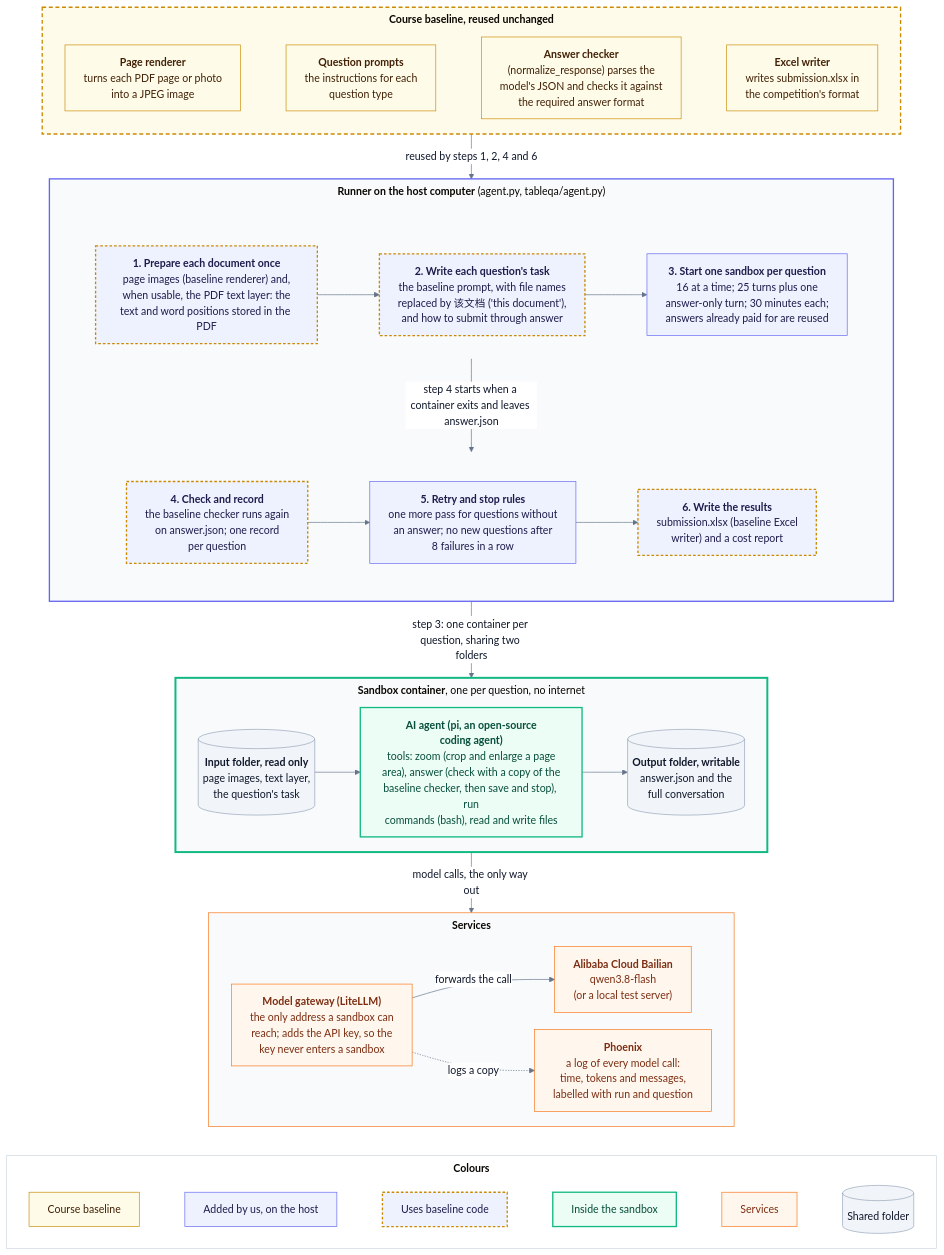
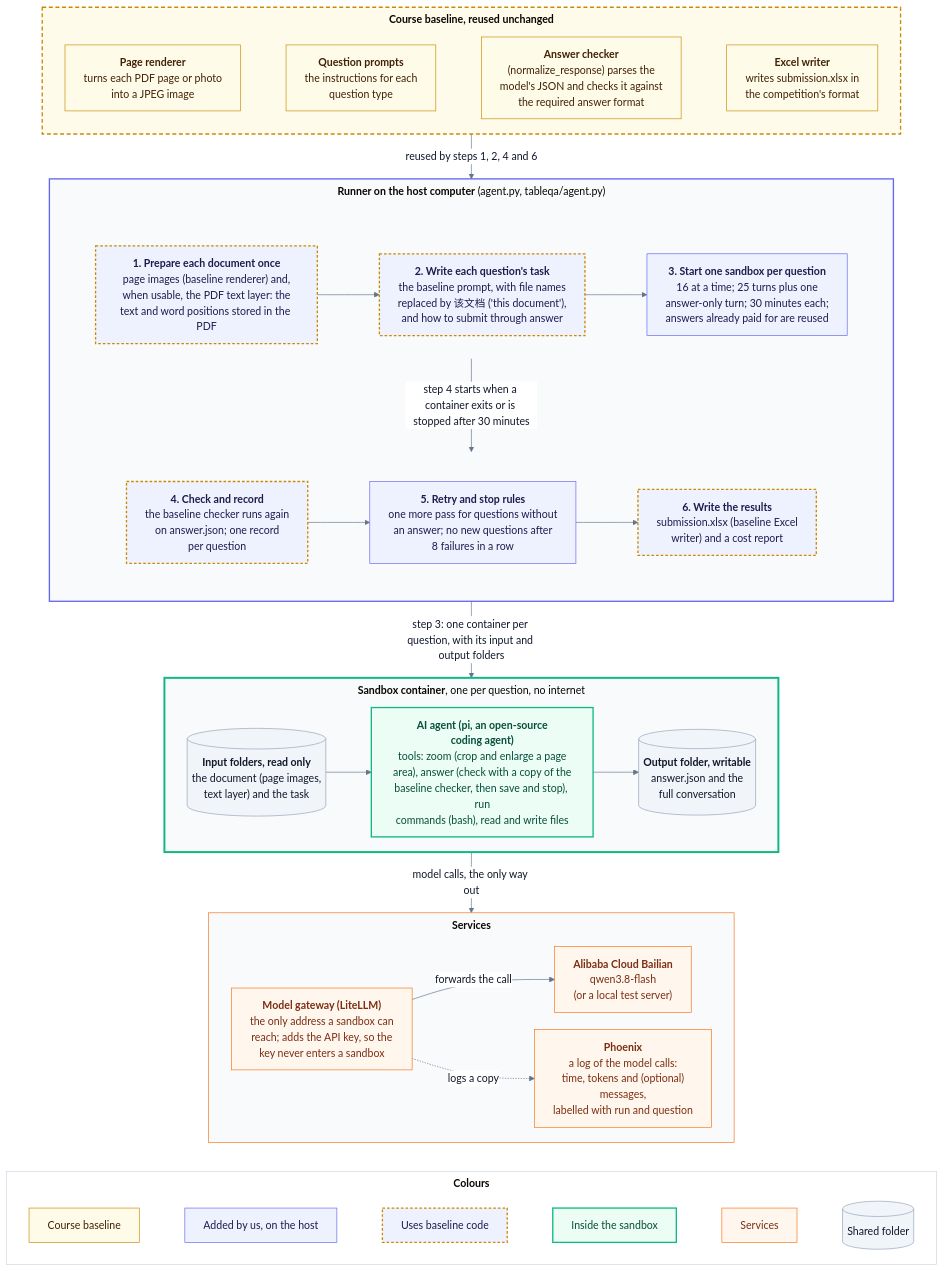
One commit to eric15342335/AIFep-FDU.github.io changed the diagram in docs/diagrams/architecture.mmd. Above: the diagram before and after it, drawn with Mermaid. The commit also changed 10 other files, not shown here.

First line of the commit message:
Diagrams and docs: fixes from the GPT-6.2 Astra review

```diff
--- a/docs/diagrams/architecture.mmd
+++ b/docs/diagrams/architecture.mmd
@@ -1,78 +1,78 @@
 %%{init: {"theme": "base", "themeVariables": {"fontSize": "16px", "lineColor": "#64748b", "primaryTextColor": "#0f172a", "edgeLabelBackground": "#ffffff"}, "flowchart": {"nodeSpacing": 26, "rankSpacing": 44, "padding": 14, "wrappingWidth": 280, "subGraphTitleMargin": {"top": 6, "bottom": 16}}}}%%
 %% The parts of the agent harness, what each one can reach, and which parts come from the course baseline.
 %% Edges connect subgraphs (not their nodes), so each subgraph keeps its own direction.
 flowchart TB
     subgraph BASE["<b>Course baseline, reused unchanged</b>"]
         direction LR
         render["<b>Page renderer</b><br/>turns each PDF page or photo<br/>into a JPEG image"]
         prompts["<b>Question prompts</b><br/>the instructions for each<br/>question type"]
         checker["<b>Answer checker</b><br/>(normalize_response) parses the<br/>model's JSON and checks it against<br/>the required answer format"]
         writer["<b>Excel writer</b><br/>writes submission.xlsx in<br/>the competition's format"]
         render ~~~ prompts ~~~ checker ~~~ writer
     end
 
     subgraph HOST["<b>Runner on the host computer</b> (agent.py, tableqa/agent.py)"]
         direction TB
         subgraph ROW1[" "]
             direction LR
             prep["<b>1. Prepare each document once</b><br/>page images (baseline renderer) and,<br/>when usable, the PDF text layer: the<br/>text and word positions stored in the PDF"]
             task["<b>2. Write each question's task</b><br/>the baseline prompt, with file names<br/>replaced by 该文档 ('this document'),<br/>and how to submit through answer"]
             start["<b>3. Start one sandbox per question</b><br/>16 at a time; 25 turns plus one<br/>answer-only turn; 30 minutes each;<br/>answers already paid for are reused"]
             prep --> task --> start
         end
         subgraph ROW2[" "]
             direction LR
             check["<b>4. Check and record</b><br/>the baseline checker runs again<br/>on answer.json; one record<br/>per question"]
             retry["<b>5. Retry and stop rules</b><br/>one more pass for questions without<br/>an answer; no new questions after<br/>8 failures in a row"]
             out["<b>6. Write the results</b><br/>submission.xlsx (baseline Excel<br/>writer) and a cost report"]
             check --> retry --> out
         end
-        ROW1 -- "step 4 starts when a container exits and leaves answer.json" --> ROW2
+        ROW1 -- "step 4 starts when a container exits or is stopped after 30 minutes" --> ROW2
     end
 
     subgraph BOX["<b>Sandbox container</b>, one per question, no internet"]
         direction LR
-        input[("<b>Input folder, read only</b><br/>page images, text layer,<br/>the question's task")]
+        input[("<b>Input folders, read only</b><br/>the document (page images,<br/>text layer) and the task")]
         agent["<b>AI agent (pi, an open-source<br/>coding agent)</b><br/>tools: zoom (crop and enlarge a page<br/>area), answer (check with a copy of the<br/>baseline checker, then save and stop), run<br/>commands (bash), read and write files"]
         output[("<b>Output folder, writable</b><br/>answer.json and the<br/>full conversation")]
         input --> agent --> output
     end
 
     subgraph SVC["<b>Services</b>"]
         direction LR
         gw["<b>Model gateway (LiteLLM)</b><br/>the only address a sandbox can<br/>reach; adds the API key, so the<br/>key never enters a sandbox"]
         model["<b>Alibaba Cloud Bailian</b><br/>qwen3.8-flash<br/>(or a local test server)"]
-        trace["<b>Phoenix</b><br/>a log of every model call:<br/>time, tokens and messages,<br/>labelled with run and question"]
+        trace["<b>Phoenix</b><br/>a log of the model calls:<br/>time, tokens and (optional)<br/>messages,<br/>labelled with run and question"]
         gw -- "forwards the call" --> model
         gw -. "logs a copy" .-> trace
     end
 
     subgraph KEY["<b>Colours</b>"]
         direction LR
         k1["Course baseline"] ~~~ k2["Added by us, on the host"] ~~~ k4["Uses baseline code"] ~~~ k3["Inside the sandbox"] ~~~ k5["Services"] ~~~ k6[("Shared folder")]
     end
 
     BASE -- "reused by steps 1, 2, 4 and 6" --> HOST
-    HOST -- "step 3: one container per question, sharing two folders" --> BOX
+    HOST -- "step 3: one container per question, with its input and output folders" --> BOX
     BOX -- "model calls, the only way out" --> SVC
     SVC ~~~ KEY
 
     classDef base fill:#fefce8,stroke:#ca8a04,color:#422006
     classDef host fill:#eef2ff,stroke:#6366f1,color:#1e1b4b
     classDef usesBase fill:#eef2ff,stroke:#ca8a04,color:#1e1b4b,stroke-width:2px,stroke-dasharray:4 3
     classDef box fill:#ecfdf5,stroke:#10b981,color:#064e3b,stroke-width:2px
     classDef folder fill:#f1f5f9,stroke:#94a3b8,color:#0f172a
     classDef ext fill:#fff7ed,stroke:#f97316,color:#7c2d12
     class render,prompts,checker,writer,k1 base
     class start,retry,k2 host
     class prep,task,check,out,k4 usesBase
     class agent,k3 box
     class input,output,k6 folder
     class gw,model,trace,k5 ext
     style BASE fill:#fffbeb,stroke:#ca8a04,stroke-width:2px,stroke-dasharray:6 4
     style HOST fill:#f8fafc,stroke:#6366f1,stroke-width:2px
     style ROW1 fill:none,stroke:none
     style ROW2 fill:none,stroke:none
     style BOX fill:#f8fafc,stroke:#10b981,stroke-width:3px
     style SVC fill:#f8fafc,stroke:#f97316
     style KEY fill:#ffffff,stroke:#cbd5e1
```
